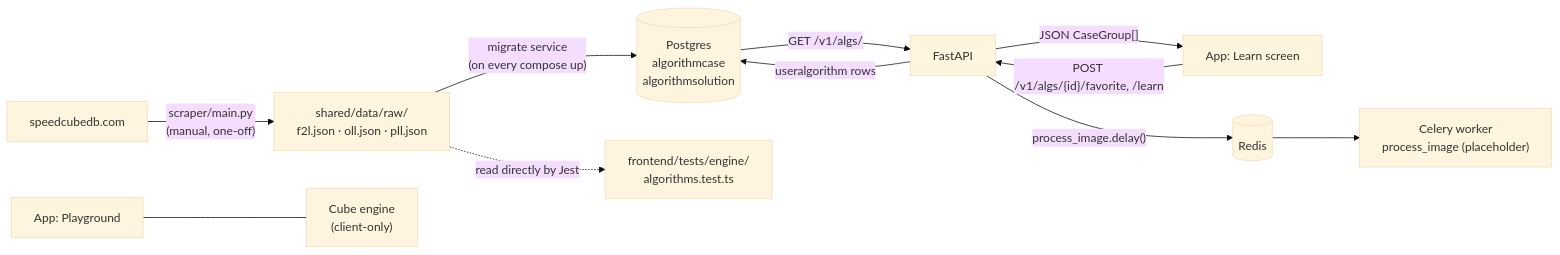
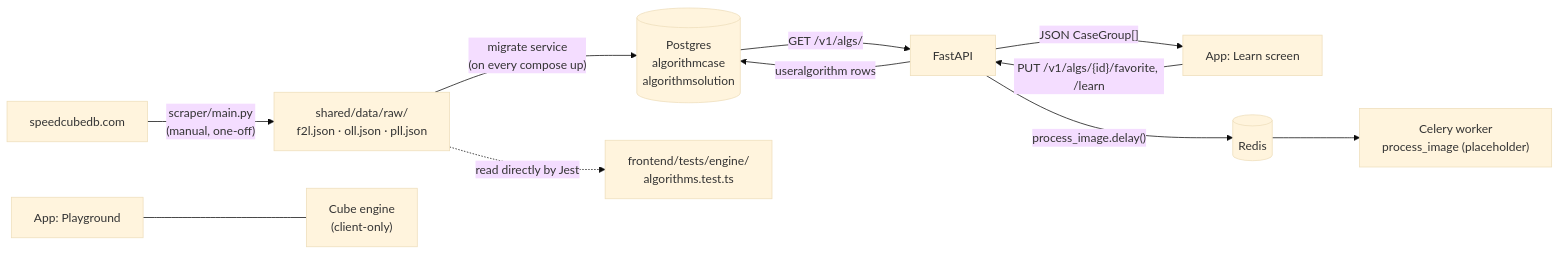
The diagram in docs/architecture.md (aepii/cube-tutor), drawn with Mermaid (base theme) before and after one commit. The commit also changed other lines of this file and 12 other files, not shown here.

Commit message:
4f: Add unique constraints, idempotent PUT flags, and ordered algs list

````diff
--- a/docs/architecture.md
+++ b/docs/architecture.md
@@ -24,15 +24,15 @@
 ```mermaid
 flowchart LR
     SC["speedcubedb.com"] -->|"scraper/main.py<br/>(manual, one-off)"| RAW["shared/data/raw/<br/>f2l.json · oll.json · pll.json"]
     RAW -->|"migrate service<br/>(on every compose up)"| PG[("Postgres<br/>algorithmcase<br/>algorithmsolution")]
     PG -->|"GET /v1/algs/"| API["FastAPI"]
     API -->|"JSON CaseGroup[]"| LEARN["App: Learn screen"]
-    LEARN -->|"POST /v1/algs/{id}/favorite, /learn"| API
+    LEARN -->|"PUT /v1/algs/{id}/favorite, /learn"| API
     API -->|"useralgorithm rows"| PG
     RAW -.->|"read directly by Jest"| TESTS["frontend/tests/engine/<br/>algorithms.test.ts"]
 
     APP2["App: Playground"] --- ENGINE["Cube engine<br/>(client-only)"]
 
     API -->|"process_image.delay()"| REDIS[("Redis")]
     REDIS --> WORKER["Celery worker<br/>process_image (placeholder)"]
 ```
````
